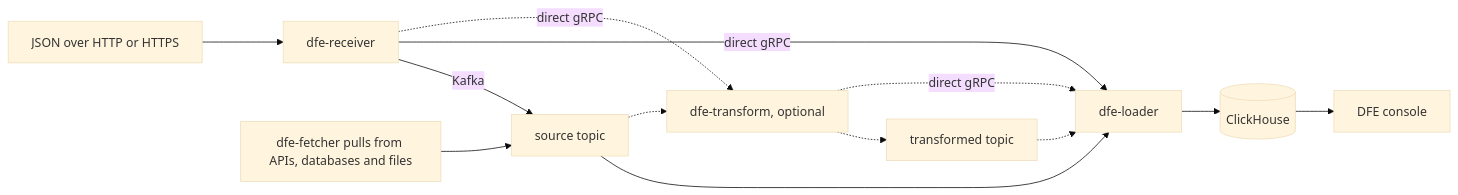
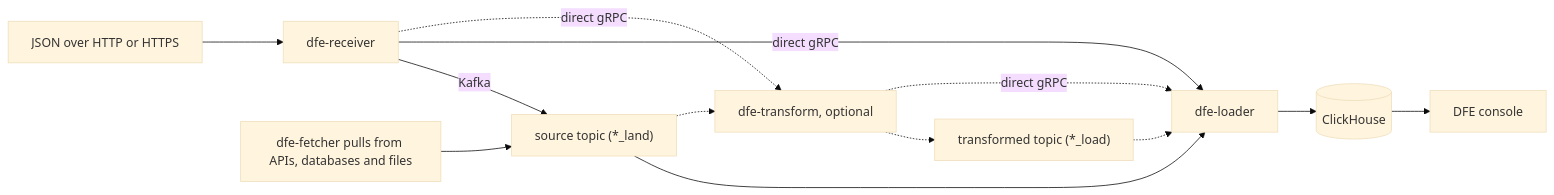
One commit to hyperi-io/dfe-infra changed the diagram in docs-site/content-root/README.md. Above: the diagram before and after it, drawn with Mermaid (base theme). The commit also changed other lines of this file, not shown here.

Commit message:
fix(docs): name the land and load topics on the overview
The overview's data-path diagram and paragraph name `*_land` and `*_load`. The receiver and fetcher write `*_land`. A transform reads `*_land` and writes `*_load`. These are the suffixes dfe-engine creates and the loader discovers.

The Painless sentence describes what the transform does with a script. "That's the default path" reads "This is the default path".

The site copies content-root/ into every version's build. /v/2.2.2/overview/ gets these changes on the next deploy.

````diff
--- a/docs-site/content-root/README.md
+++ b/docs-site/content-root/README.md
@@ -19,12 +19,12 @@
 ```mermaid
 flowchart LR
   S[JSON over HTTP or HTTPS] --> R[dfe-receiver]
-  R -->|Kafka| K1[source topic]
+  R -->|Kafka| K1["source topic (*_land)"]
   F[dfe-fetcher pulls from APIs, databases and files] --> K1
   K1 --> L[dfe-loader]
-  K1 -.-> T[dfe-transform, optional] -.-> K2[transformed topic] -.-> L
+  K1 -.-> T[dfe-transform, optional] -.-> K2["transformed topic (*_load)"] -.-> L
   R -->|direct gRPC| L
   R -.->|direct gRPC| T -.->|direct gRPC| L
   L --> C[(ClickHouse)]
   C --> H[DFE console]
 ```
````
